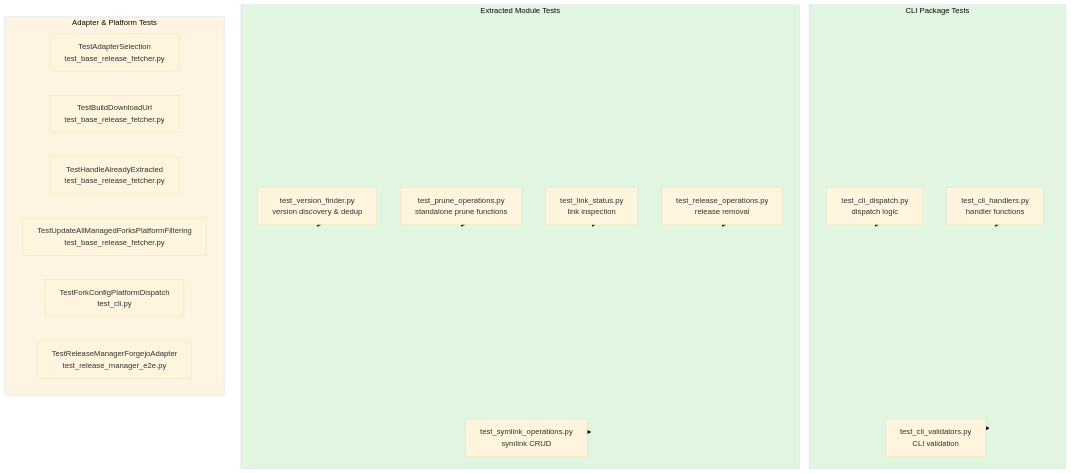
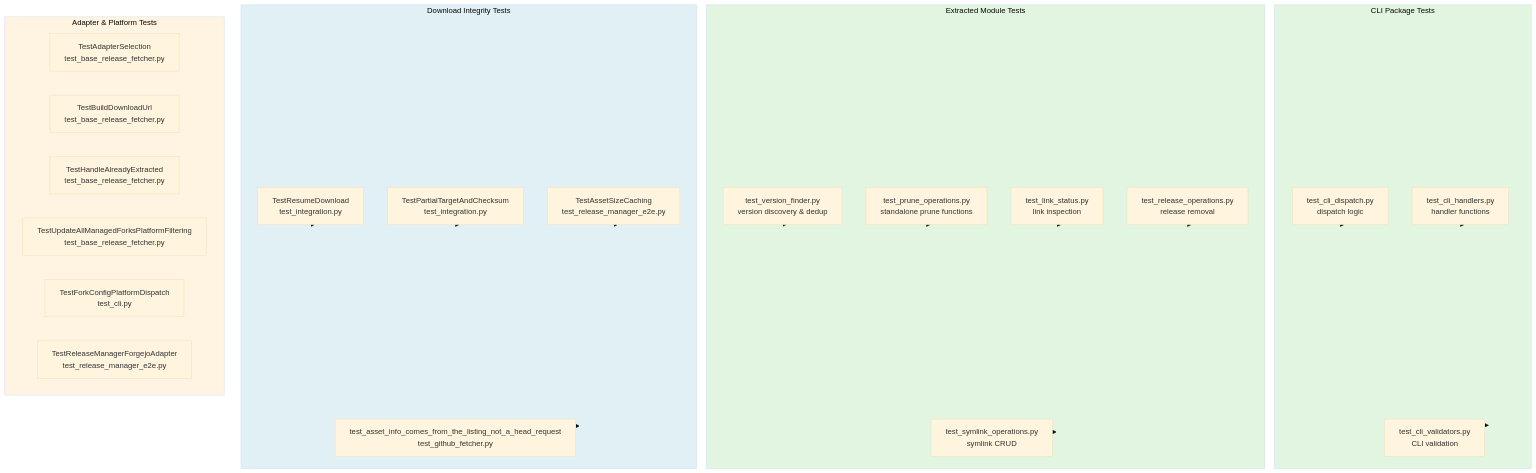
One commit to WombatFromHell/protonge-fetcher changed diagram 16 of 16 in tests/TEST_DESIGN.md. Above: the diagram before and after it, drawn with Mermaid (base theme). The commit also changed other lines of this file and 11 other files, not shown here.

Commit message:
Implement partial-resume for downloads

````diff
--- a/tests/TEST_DESIGN.md
+++ b/tests/TEST_DESIGN.md
@@ -717,38 +726,51 @@
 ```mermaid
 graph TB
     subgraph CLI_SPLIT["CLI Package Tests"]
         CD["test_cli_dispatch.py<br/>dispatch logic"]
         CH["test_cli_handlers.py<br/>handler functions"]
         CV["test_cli_validators.py<br/>CLI validation"]
     end
 
     subgraph EXTRACTED_TESTS["Extracted Module Tests"]
         TVF["test_version_finder.py<br/>version discovery & dedup"]
         TPO["test_prune_operations.py<br/>standalone prune functions"]
         TLS["test_link_status.py<br/>link inspection"]
         TRO["test_release_operations.py<br/>release removal"]
         TSO["test_symlink_operations.py<br/>symlink CRUD"]
+    end
+
+    subgraph DOWNLOAD_TESTS["Download Integrity Tests"]
+        RD["TestResumeDownload<br/>test_integration.py"]
+        PC["TestPartialTargetAndChecksum<br/>test_integration.py"]
+        AC["TestAssetSizeCaching<br/>test_release_manager_e2e.py"]
+        FDIG["test_asset_info_comes_from_the_listing_not_a_head_request<br/>test_github_fetcher.py"]
     end
 
     subgraph ADAPTER_TESTS["Adapter & Platform Tests"]
         AT["TestAdapterSelection<br/>test_base_release_fetcher.py"]
         BD["TestBuildDownloadUrl<br/>test_base_release_fetcher.py"]
         HA["TestHandleAlreadyExtracted<br/>test_base_release_fetcher.py"]
         UF["TestUpdateAllManagedForksPlatformFiltering<br/>test_base_release_fetcher.py"]
         FD["TestForkConfigPlatformDispatch<br/>test_cli.py"]
         RA["TestReleaseManagerForgejoAdapter<br/>test_release_manager_e2e.py"]
     end
 
     CD --> CLI_SPLIT
     CH --> CLI_SPLIT
     CV --> CLI_SPLIT
     TVF --> EXTRACTED_TESTS
     TPO --> EXTRACTED_TESTS
     TLS --> EXTRACTED_TESTS
     TRO --> EXTRACTED_TESTS
     TSO --> EXTRACTED_TESTS
 
+    RD --> DOWNLOAD_TESTS
+    PC --> DOWNLOAD_TESTS
+    AC --> DOWNLOAD_TESTS
+    FDIG --> DOWNLOAD_TESTS
+
     style CLI_SPLIT fill:#e1f5e1
     style EXTRACTED_TESTS fill:#e1f5e1
+    style DOWNLOAD_TESTS fill:#e1f0f5
     style ADAPTER_TESTS fill:#fff4e1
 ```
````
